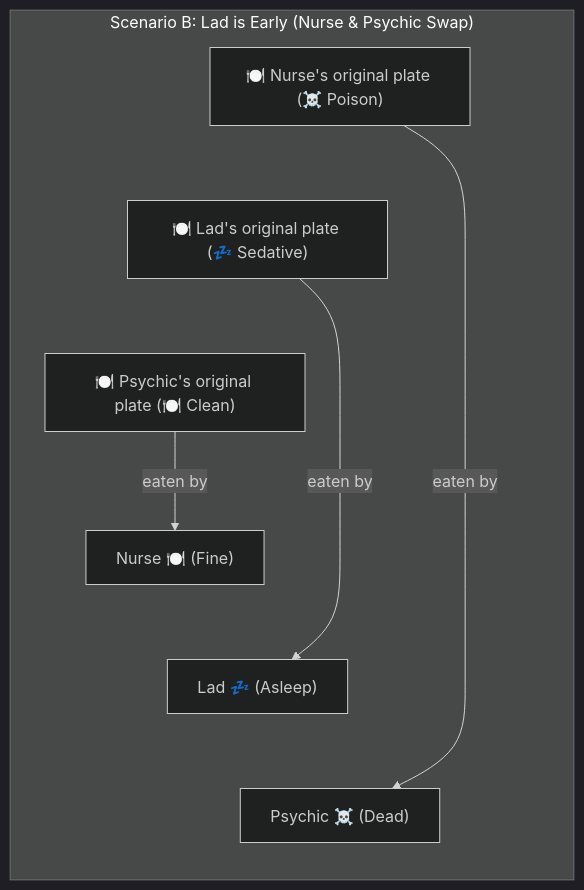
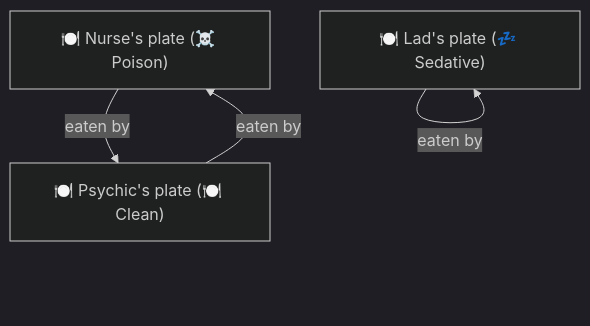
Before and after one commit to olivierpierre85/ClaythornManor: the fourth of 4 diagrams in docs/game_story/day3_poisoning_chart.md, drawn with Mermaid (dark theme). The commit also changed other lines of this file and 1 other file, not shown here.

````diff
--- a/docs/game_story/day3_poisoning_chart.md
+++ b/docs/game_story/day3_poisoning_chart.md
@@ -65,22 +58,10 @@
 ```mermaid
-graph LR
-    subgraph ScenarioB["Scenario B: Lad is Early (Nurse & Psychic Swap)"]
-        NP4["🍽️ Nurse's original plate (☠️ Poison)"]
-        LP4["🍽️ Lad's original plate (💤 Sedative)"]
-        PP4["🍽️ Psychic's original plate (🍽️ Clean)"]
+graph TB
+    nurse_poison["🍽️ Nurse's plate (☠️ Poison)"]
+    lad_sedative["🍽️ Lad's plate (💤 Sedative)"]
+    psychic_clean["🍽️ Psychic's plate (🍽️ Clean)"]
 
-        N4["Nurse 🍽️ (Fine)"]
-        L4["Lad 💤 (Asleep)"]
-        P4["Psychic ☠️ (Dead)"]
-
-        NP4 ~~~ LP4
-        LP4 ~~~ PP4
-        
-        N4 ~~~ L4
-        L4 ~~~ P4
-
-        NP4 -->|eaten by| P4
-        LP4 -->|eaten by| L4
-        PP4 -->|eaten by| N4
-    end
+    nurse_poison -->|eaten by| psychic_clean
+    lad_sedative -->|eaten by| lad_sedative
+    psychic_clean -->|eaten by| nurse_poison
 ```
````
